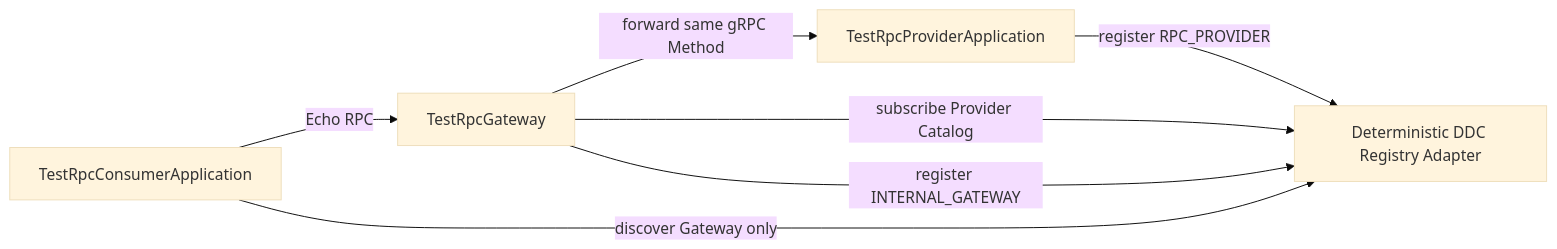
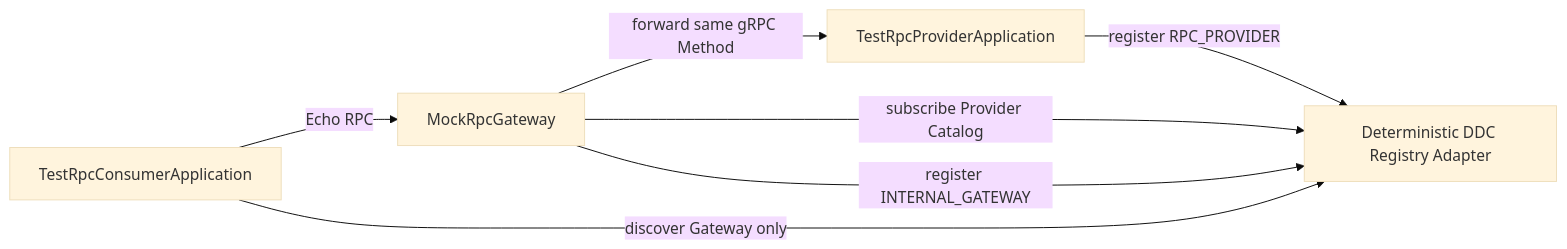
Before and after one commit to AllenDEricDAlexander/Egon-COLA: the second of 2 diagrams in docs/superpowers/specs/2026-07-24-ddc-standalone-rpc-framework-design.md, drawn with Mermaid (base theme). The commit also changed other lines of this file and 1 other file, not shown here.

Commit message:
docs: defer production gateway implementation

````diff
--- a/docs/superpowers/specs/2026-07-24-ddc-standalone-rpc-framework-design.md
+++ b/docs/superpowers/specs/2026-07-24-ddc-standalone-rpc-framework-design.md
@@ -1692,14 +1648,14 @@
 ```mermaid
 flowchart LR
     Consumer["TestRpcConsumerApplication"]
-    Gateway["TestRpcGateway"]
+    Gateway["MockRpcGateway"]
     Provider["TestRpcProviderApplication"]
     Registry["Deterministic DDC Registry Adapter"]
 
     Provider -->|"register RPC_PROVIDER"| Registry
     Gateway -->|"subscribe Provider Catalog"| Registry
     Gateway -->|"register INTERNAL_GATEWAY"| Registry
     Consumer -->|"discover Gateway only"| Registry
     Consumer -->|"Echo RPC"| Gateway
     Gateway -->|"forward same gRPC Method"| Provider
 ```
````
